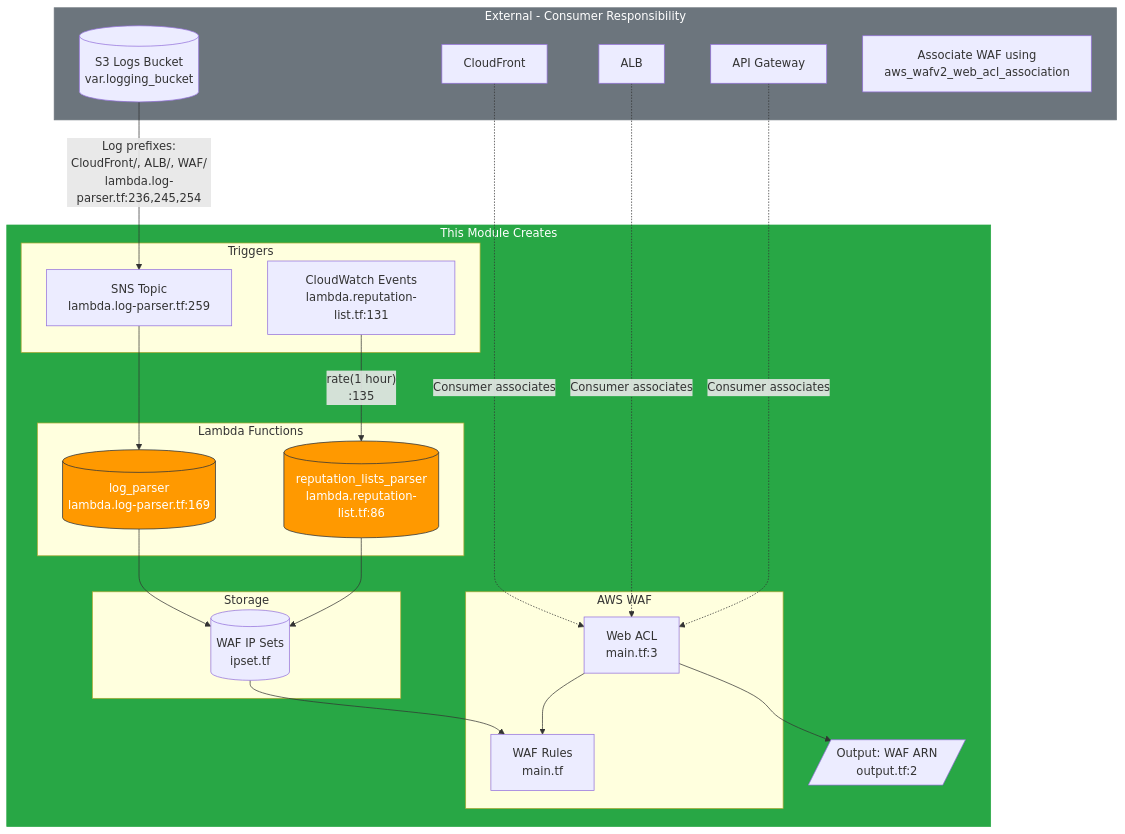
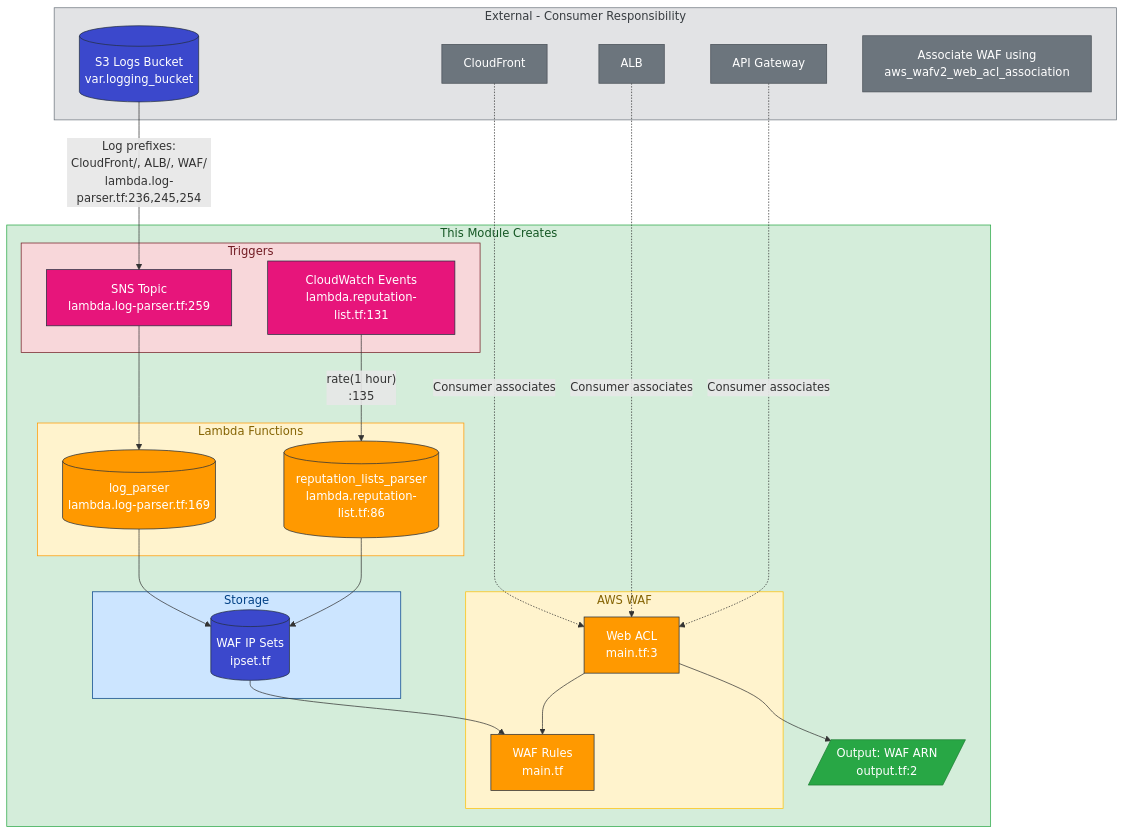
Before and after one commit to datastreamapp/terraform-waf-module: the first of 6 diagrams in docs/ARCHITECTURE.md, drawn with Mermaid. The commit also changed other lines of this file and 2 other files, not shown here.

Commit message:
feat(diagrams): add color to diagrams, add testing.md file

````diff
--- a/docs/ARCHITECTURE.md
+++ b/docs/ARCHITECTURE.md
@@ -7,51 +7,64 @@
 ```mermaid
 flowchart TB
     subgraph Module["This Module Creates"]
         subgraph WAF["AWS WAF"]
             ACL[Web ACL<br/>main.tf:3]
             Rules[WAF Rules<br/>main.tf]
         end
 
         subgraph Lambda["Lambda Functions"]
             LP[("log_parser<br/>lambda.log-parser.tf:169")]
             RP[("reputation_lists_parser<br/>lambda.reputation-list.tf:86")]
         end
 
         subgraph Storage["Storage"]
             IPSet[(WAF IP Sets<br/>ipset.tf)]
         end
 
         subgraph Triggers["Triggers"]
             SNS[SNS Topic<br/>lambda.log-parser.tf:259]
             CW[CloudWatch Events<br/>lambda.reputation-list.tf:131]
         end
 
         Output[/"Output: WAF ARN<br/>output.tf:2"/]
     end
 
     subgraph External["External - Consumer Responsibility"]
         S3[(S3 Logs Bucket<br/>var.logging_bucket)]
         CF[CloudFront]
         ALB[ALB]
         APIGW[API Gateway]
         Note["Associate WAF using<br/>aws_wafv2_web_acl_association"]
     end
 
     CF & ALB & APIGW -.->|"Consumer associates"| ACL
     ACL --> Rules
     S3 -->|"Log prefixes:<br/>CloudFront/, ALB/, WAF/<br/>lambda.log-parser.tf:236,245,254"| SNS
     SNS --> LP
     LP --> IPSet
     CW -->|"rate(1 hour)<br/>:135"| RP
     RP --> IPSet
     IPSet --> Rules
     ACL --> Output
 
-    classDef module fill:#28a745,stroke:#28a745,color:white
-    classDef external fill:#6c757d,stroke:#6c757d,color:white
-    classDef lambda fill:#FF9900,stroke:#232F3E,color:white
+    style Module fill:#d4edda,stroke:#28a745,color:#155724
+    style External fill:#e2e3e5,stroke:#6c757d,color:#383d41
+    style WAF fill:#fff3cd,stroke:#ffc107,color:#856404
+    style Lambda fill:#fff3cd,stroke:#FF9900,color:#856404
+    style Storage fill:#cce5ff,stroke:#004085,color:#004085
+    style Triggers fill:#f8d7da,stroke:#721c24,color:#721c24
 
-    class Module module
-    class External external
-    class LP,RP lambda
+    classDef wafNode fill:#FF9900,stroke:#232F3E,color:white
+    classDef lambdaNode fill:#FF9900,stroke:#232F3E,color:white
+    classDef storageNode fill:#3B48CC,stroke:#232F3E,color:white
+    classDef triggerNode fill:#E7157B,stroke:#232F3E,color:white
+    classDef externalNode fill:#6c757d,stroke:#495057,color:white
+    classDef outputNode fill:#28a745,stroke:#1e7e34,color:white
+
+    class ACL,Rules wafNode
+    class LP,RP lambdaNode
+    class IPSet,S3 storageNode
+    class SNS,CW triggerNode
+    class CF,ALB,APIGW,Note externalNode
+    class Output outputNode
 ```
````
